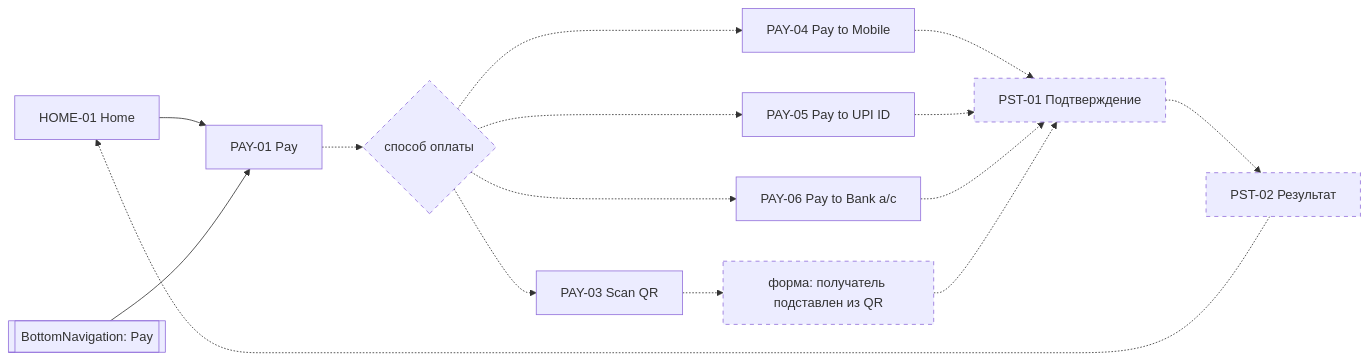
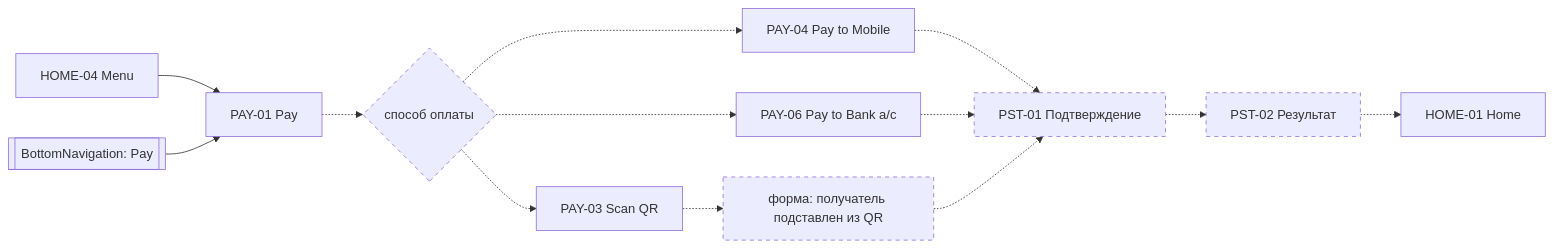
Before and after one commit to Shustrjak/claude_repo: the third of 7 diagrams in docs/ui/USER_FLOWS.md, drawn with Mermaid. The commit also changed other lines of this file and 6 other files, not shown here.

First line of the commit message:
Apply decisions D-01..D-05 to UI spec and roadmap

````diff
--- a/docs/ui/USER_FLOWS.md
+++ b/docs/ui/USER_FLOWS.md
@@ -72,19 +74,17 @@
 ```mermaid
 flowchart LR
-  HOME01[HOME-01 Home] --> PAY01[PAY-01 Pay]
+  MENU[HOME-04 Menu] --> PAY01[PAY-01 Pay]
   NAV[[BottomNavigation: Pay]] --> PAY01
   PAY01 -.-> METHOD{способ оплаты}
   METHOD -.-> PAY03[PAY-03 Scan QR]
   METHOD -.-> PAY04[PAY-04 Pay to Mobile]
-  METHOD -.-> PAY05[PAY-05 Pay to UPI ID]
   METHOD -.-> PAY06[PAY-06 Pay to Bank a/c]
   PAY03 -.-> FORM[форма: получатель подставлен из QR]
   PAY04 -.-> CONF[PST-01 Подтверждение]
-  PAY05 -.-> CONF
   PAY06 -.-> CONF
   FORM -.-> CONF
   CONF -.-> RES[PST-02 Результат]
-  RES -.-> HOME01
+  RES -.-> HOME01[HOME-01 Home]
   classDef proposed stroke-dasharray: 5 5
   class CONF,RES,FORM,METHOD proposed
 ```
````
